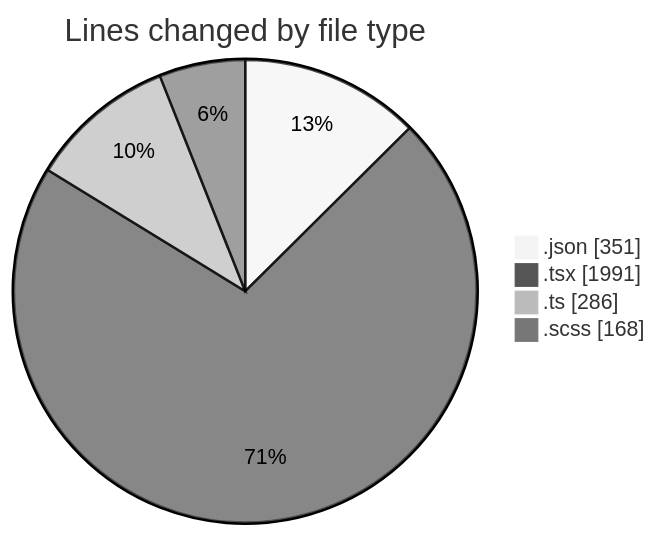
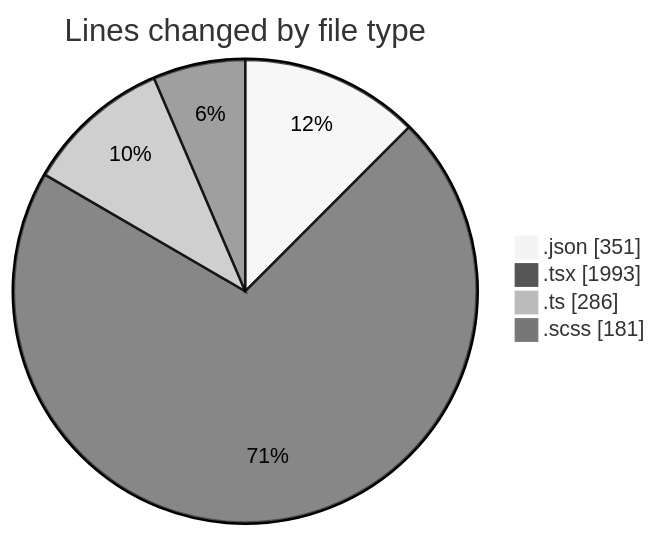
One commit to momahboobian/code-tracking changed the first of 2 diagrams in 2026-04-22/cda/README.md. Above: the diagram before and after it, drawn with Mermaid (neutral theme). The commit also changed other lines of this file and 1 other file, not shown here.

````diff
--- a/2026-04-22/cda/README.md
+++ b/2026-04-22/cda/README.md
@@ -39,8 +40,8 @@
 ```mermaid
 pie showData
 title Lines changed by file type
 ".json" : 351
-".tsx" : 1991
+".tsx" : 1993
 ".ts" : 286
-".scss" : 168
+".scss" : 181
 ```
````
